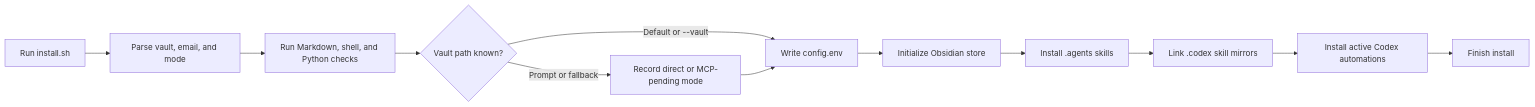
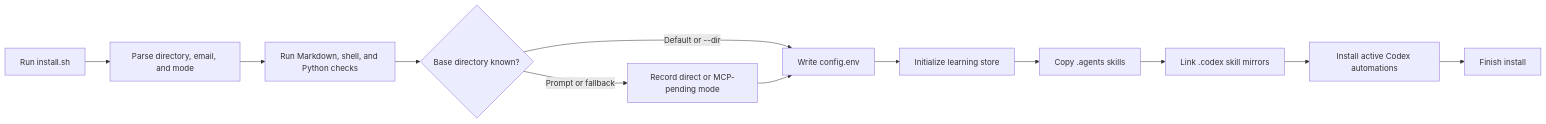
The first of 4 diagrams in README.md (marcomc/agent-learning-system), drawn with Mermaid before and after one commit. The commit also changed other lines of this file and 6 other files, not shown here.

````diff
--- a/README.md
+++ b/README.md
@@ -82,16 +90,16 @@
 ```mermaid
 flowchart LR
   accTitle: Install setup flow
   accDescr: Shows how install.sh resolves config, installs skills, and validates.
-  start["Run install.sh"] --> parse["Parse vault, email, and mode"]
+  start["Run install.sh"] --> parse["Parse directory, email, and mode"]
   parse --> validate["Run Markdown, shell, and Python checks"]
-  validate --> vault{"Vault path known?"}
-  vault -->|Default or --vault| config["Write config.env"]
-  vault -->|Prompt or fallback| pending["Record direct or MCP-pending mode"]
+  validate --> base{"Base directory known?"}
+  base -->|Default or --dir| config["Write config.env"]
+  base -->|Prompt or fallback| pending["Record direct or MCP-pending mode"]
   pending --> config
-  config --> store["Initialize Obsidian store"]
-  store --> install["Install .agents skills"]
+  config --> store["Initialize learning store"]
+  store --> install["Copy .agents skills"]
   install --> mirror["Link .codex skill mirrors"]
   mirror --> automations["Install active Codex automations"]
   automations --> done["Finish install"]
 ```
````
